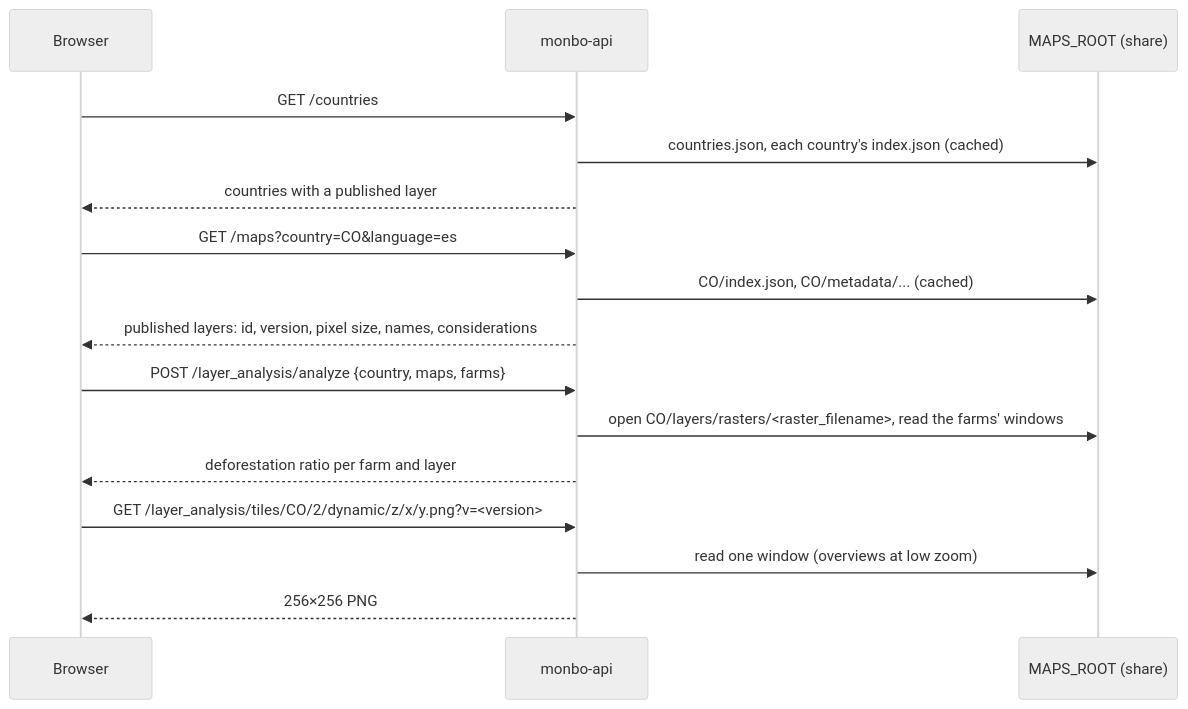
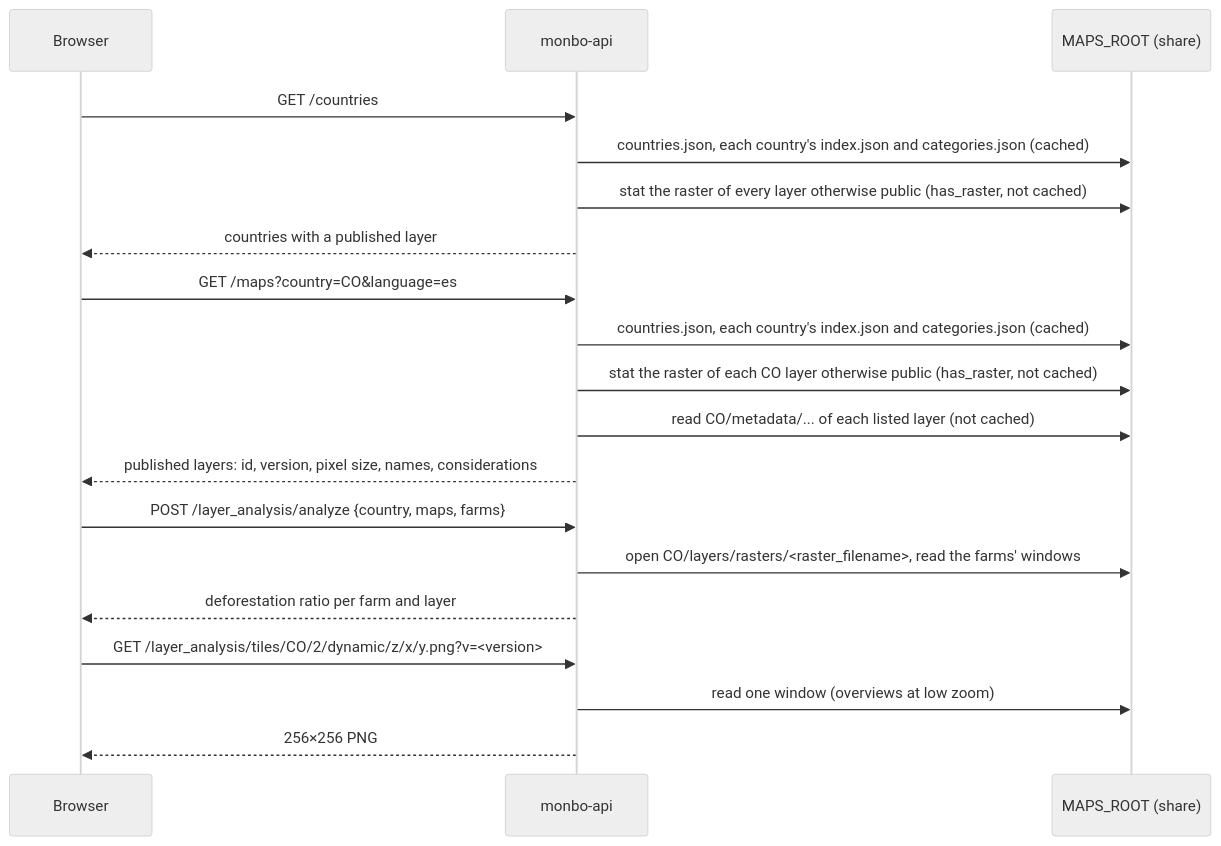
Before and after one commit to undp/monbo: the second of 4 diagrams in docs/architecture.md, drawn with Mermaid (neutral theme). The commit also changed other lines of this file and 73 other files, not shown here.

````diff
--- a/docs/architecture.md
+++ b/docs/architecture.md
@@ -251,19 +271,22 @@
 ```mermaid
 sequenceDiagram
   participant B as Browser
   participant A as monbo-api
   participant S as MAPS_ROOT (share)
 
   B->>A: GET /countries
-  A->>S: countries.json, each country's index.json (cached)
+  A->>S: countries.json, each country's index.json and categories.json (cached)
+  A->>S: stat the raster of every layer otherwise public (has_raster, not cached)
   A-->>B: countries with a published layer
   B->>A: GET /maps?country=CO&language=es
-  A->>S: CO/index.json, CO/metadata/... (cached)
+  A->>S: countries.json, each country's index.json and categories.json (cached)
+  A->>S: stat the raster of each CO layer otherwise public (has_raster, not cached)
+  A->>S: read CO/metadata/... of each listed layer (not cached)
   A-->>B: published layers: id, version, pixel size, names, considerations
   B->>A: POST /layer_analysis/analyze {country, maps, farms}
   A->>S: open CO/layers/rasters/<raster_filename>, read the farms' windows
   A-->>B: deforestation ratio per farm and layer
   B->>A: GET /layer_analysis/tiles/CO/2/dynamic/z/x/y.png?v=<version>
   A->>S: read one window (overviews at low zoom)
   A-->>B: 256×256 PNG
 ```
````
